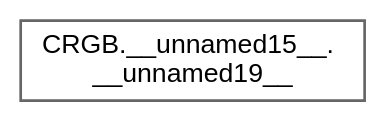
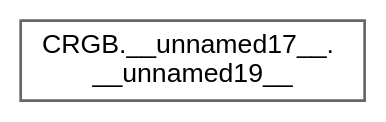
One commit to mcx/FastLED changed the diagram in docs/inherit_graph_39.dot. Above: the diagram before and after it, drawn with Graphviz. The commit also changed 1563 other files, not shown here.

```diff
--- a/docs/inherit_graph_39.dot
+++ b/docs/inherit_graph_39.dot
@@ -1,9 +1,9 @@
 digraph "Graphical Class Hierarchy"
 {
  // LATEX_PDF_SIZE
   bgcolor="transparent";
   edge [fontname=Helvetica,fontsize=10,labelfontname=Helvetica,labelfontsize=10];
   node [fontname=Helvetica,fontsize=10,shape=box,height=0.2,width=0.4];
   rankdir="LR";
-  Node0 [id="Node000000",label="CRGB.__unnamed15__.\l__unnamed19__",height=0.2,width=0.4,color="grey40", fillcolor="white", style="filled",URL="$db/d87/group___pixel_types.html#df/d79/struct_c_r_g_b_8____unnamed15_____8____unnamed19____",tooltip=" "];
+  Node0 [id="Node000000",label="CRGB.__unnamed17__.\l__unnamed19__",height=0.2,width=0.4,color="grey40", fillcolor="white", style="filled",URL="$db/d87/group___pixel_types.html#d3/de6/struct_c_r_g_b_8____unnamed17_____8____unnamed19____",tooltip=" "];
 }
```
